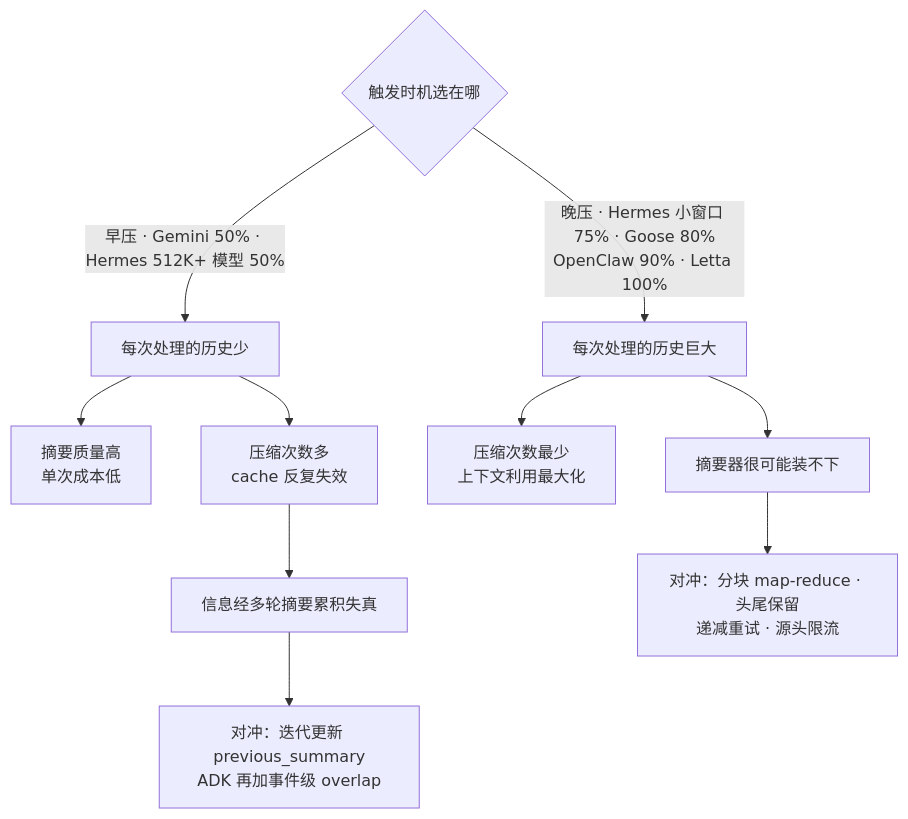
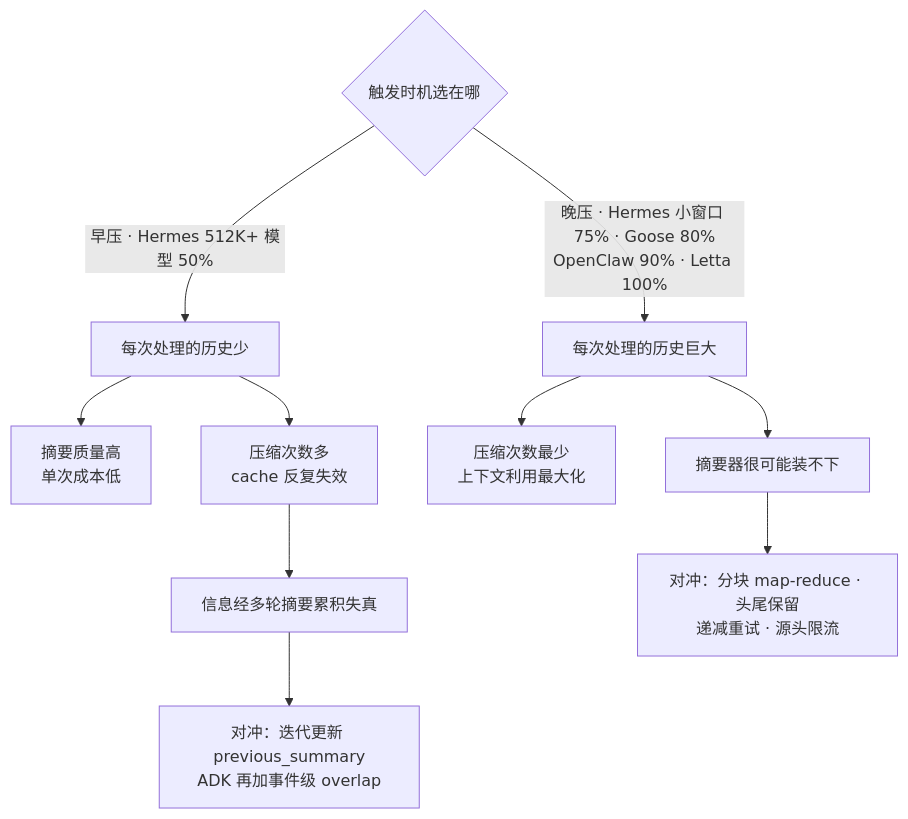
Diagram 18 of 18 in agent-context-compression/Agent_Context_Compression_Research.md (caiboyang/ML-learning), drawn with Mermaid before and after one commit. The commit also changed other lines of this file, not shown here.

````diff
--- a/agent-context-compression/Agent_Context_Compression_Research.md
+++ b/agent-context-compression/Agent_Context_Compression_Research.md
@@ -2879,14 +2890,14 @@
 ```mermaid
 flowchart TD
     T{"触发时机选在哪"}
-    T -->|"早压 · Gemini 50% · Hermes 512K+ 模型 50%"| E1["每次处理的历史少"]
+    T -->|"早压 · Hermes 512K+ 模型 50%"| E1["每次处理的历史少"]
     E1 --> E2["摘要质量高<br/>单次成本低"]
     E1 --> E3["压缩次数多<br/>cache 反复失效"]
     E3 --> E4["信息经多轮摘要累积失真"]
     E4 --> E5["对冲：迭代更新 previous_summary<br/>ADK 再加事件级 overlap"]
 
     T -->|"晚压 · Hermes 小窗口 75% · Goose 80%<br/>OpenClaw 90% · Letta 100%"| L1["每次处理的历史巨大"]
     L1 --> L2["压缩次数最少<br/>上下文利用最大化"]
     L1 --> L3["摘要器很可能装不下"]
     L3 --> L4["对冲：分块 map-reduce · 头尾保留<br/>递减重试 · 源头限流"]
 ```
````
